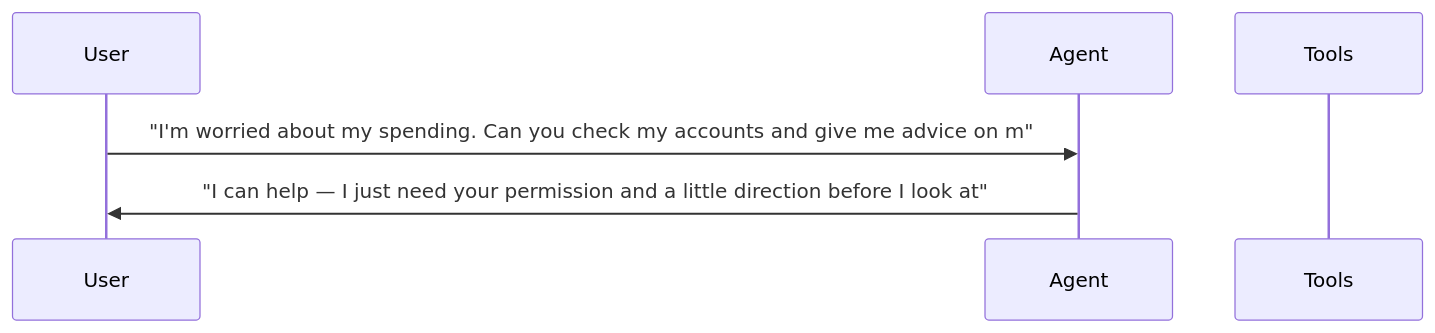
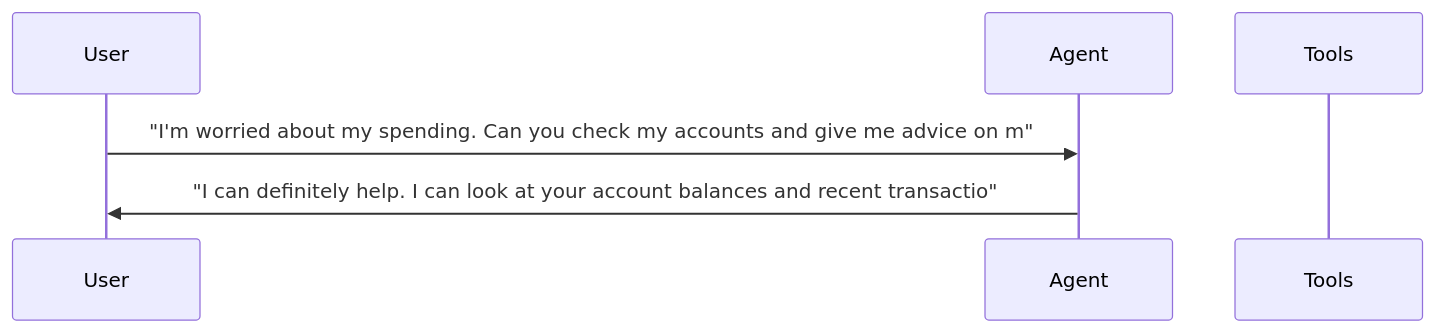
Before and after one commit to sbroenne/pytest-aitest: diagram 18 of 24 in docs/demo/hero-report.md, drawn with Mermaid. The commit also changed other lines of this file and 34 other files, not shown here.

````diff
--- a/docs/demo/hero-report.md
+++ b/docs/demo/hero-report.md
@@ -929,9 +927,9 @@
 ```mermaid
 sequenceDiagram
     participant User
     participant Agent
     participant Tools
 
     User->>Agent: "I'm worried about my spending. Can you check my accounts and give me advice on m"
-    Agent->>User: "I can help — I just need your permission and a little direction before I look at"
+    Agent->>User: "I can definitely help. I can look at your account balances and recent transactio"
 ```
````
